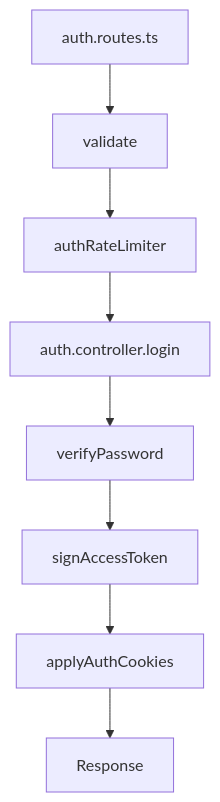
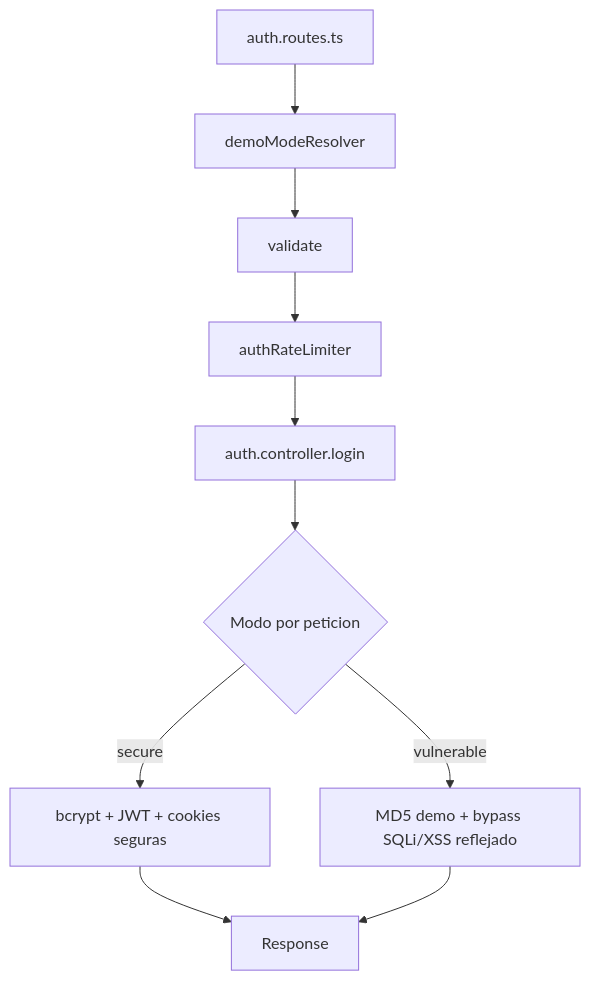
Before and after one commit to ewsophie333-lgtm/sofia-solutions: diagram 12 of 17 in sofia-backend/DOCUMENTACION-APA.md, drawn with Mermaid. The commit also changed other lines of this file and 51 other files, not shown here.

Commit message:
Implement dual login flows and refresh dashboard UX

````diff
--- a/sofia-backend/DOCUMENTACION-APA.md
+++ b/sofia-backend/DOCUMENTACION-APA.md
@@ -373,10 +428,12 @@
 ```mermaid
 flowchart TD
-    A[auth.routes.ts] --> B[validate]
-    B --> C[authRateLimiter]
-    C --> D[auth.controller.login]
-    D --> E[verifyPassword]
-    E --> F[signAccessToken]
-    F --> G[applyAuthCookies]
-    G --> H[Response]
+    A[auth.routes.ts] --> B[demoModeResolver]
+    B --> C[validate]
+    C --> D[authRateLimiter]
+    D --> E[auth.controller.login]
+    E --> F{Modo por peticion}
+    F -->|secure| G[bcrypt + JWT + cookies seguras]
+    F -->|vulnerable| H[MD5 demo + bypass SQLi/XSS reflejado]
+    G --> I[Response]
+    H --> I
 ```
````
